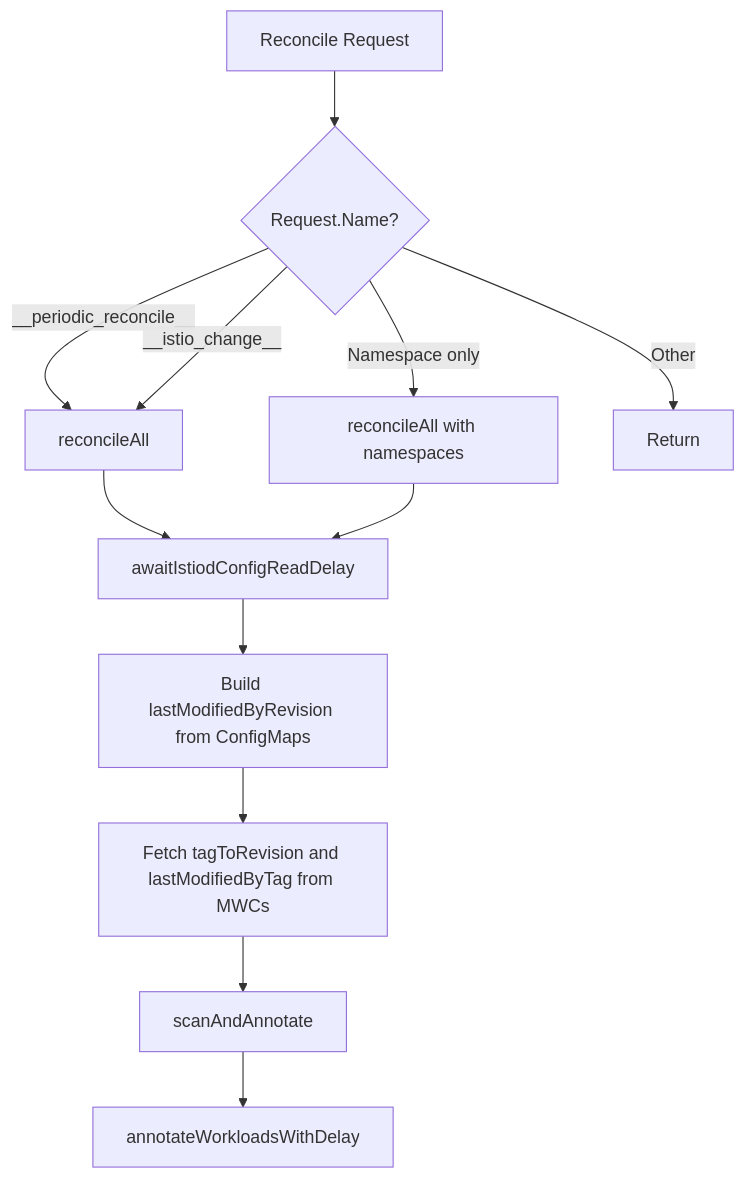
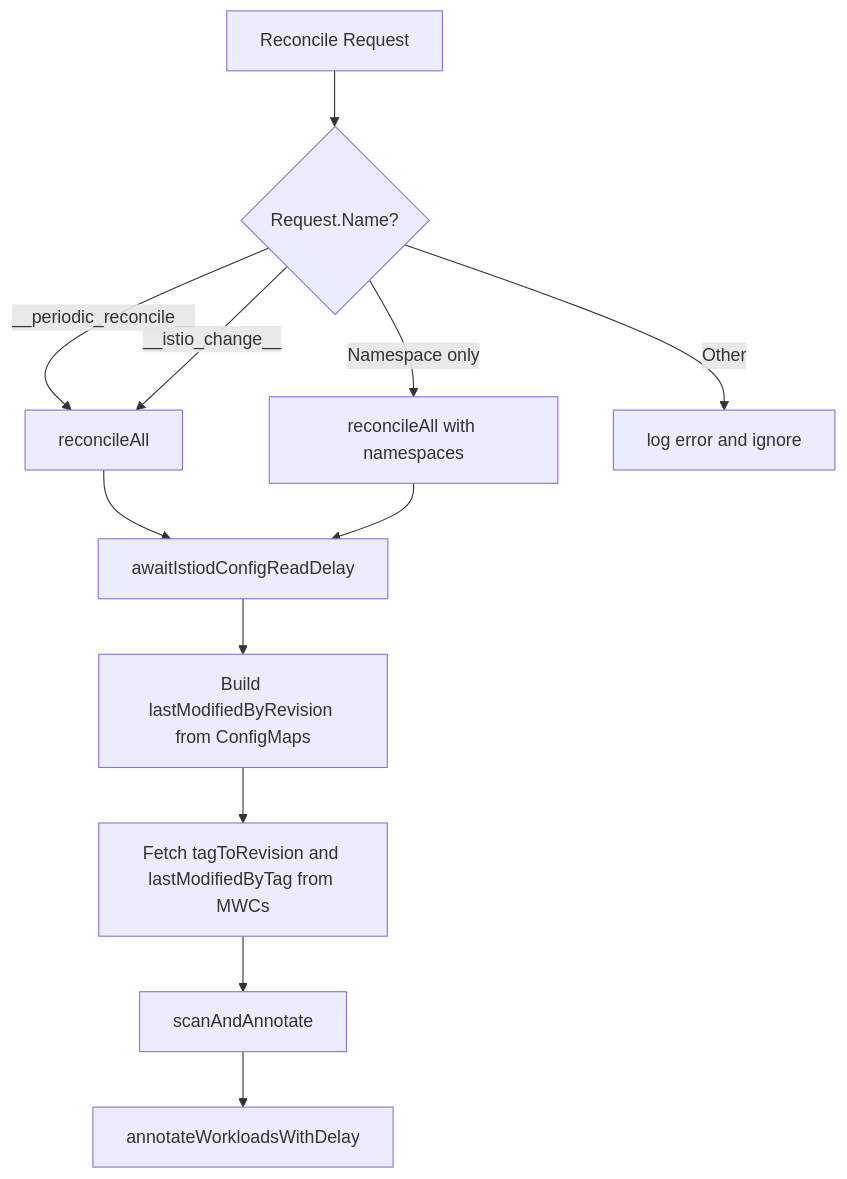
The second of 3 diagrams in ARCHITECTURE.md (istio-ecosystem/fortsa), drawn with Mermaid before and after one commit. The commit also changed other lines of this file and 1 other file, not shown here.

````diff
--- a/ARCHITECTURE.md
+++ b/ARCHITECTURE.md
@@ -113,15 +114,15 @@
 ```mermaid
 flowchart TD
     Reconcile[Reconcile Request]
     Reconcile --> CheckName{Request.Name?}
     CheckName -->|"__periodic_reconcile__"| ReconcileAll[reconcileAll]
     CheckName -->|"__istio_change__"| ReconcileAll
     CheckName -->|Namespace only| ReconcileAllNS[reconcileAll with namespaces]
-    CheckName -->|Other| Return[Return]
+    CheckName -->|Other| LogIgnore[log error and ignore]
     ReconcileAll --> AwaitDelay[awaitIstiodConfigReadDelay]
     ReconcileAllNS --> AwaitDelay
     AwaitDelay --> BuildRev[Build lastModifiedByRevision from ConfigMaps]
     BuildRev --> FetchMWC[Fetch tagToRevision and lastModifiedByTag from MWCs]
     FetchMWC --> ScanAnnotate[scanAndAnnotate]
     ScanAnnotate --> AnnotateDelay[annotateWorkloadsWithDelay]
 ```
````
